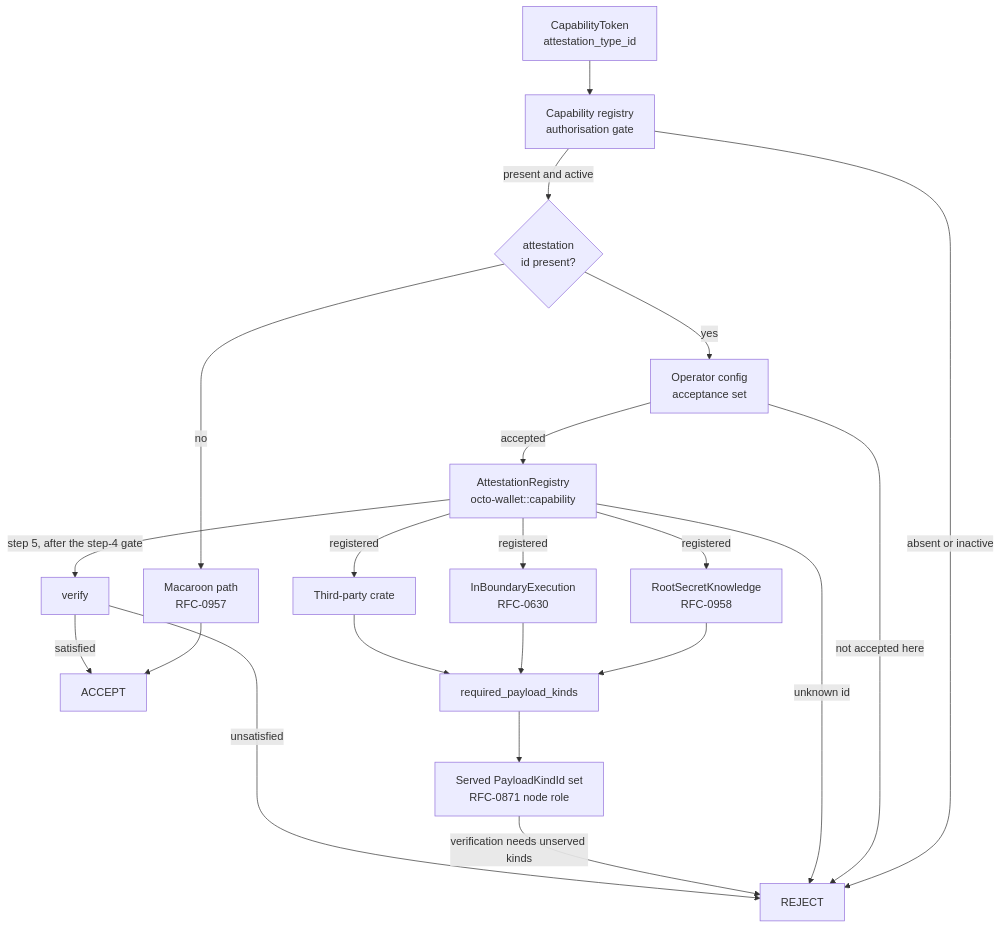
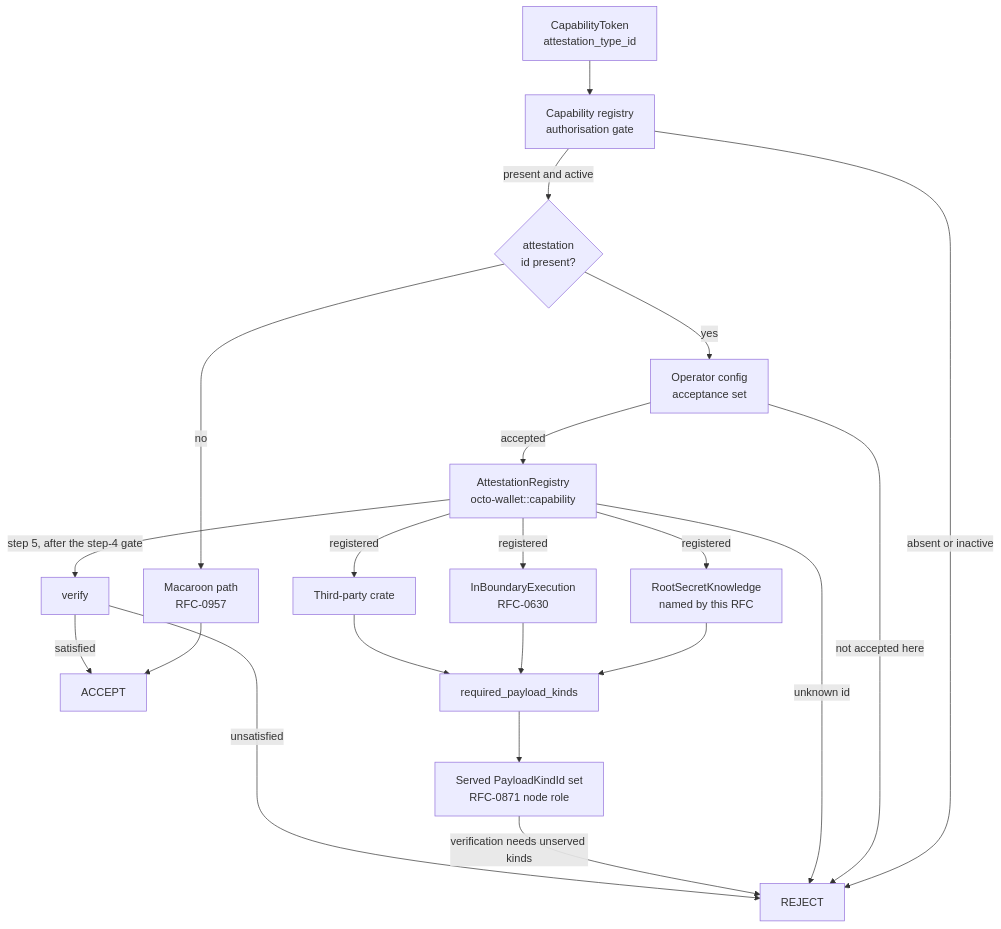
The diagram in rfcs/draft/economics/0973-pluggable-proof-attestation-for-capabilities.md (CipherOcto/cipherocto), drawn with Mermaid before and after one commit. The commit also changed other lines of this file, not shown here.

First line of the commit message:
docs(rfc): resolve round 17 findings in RFC-0973

````diff
--- a/rfcs/draft/economics/0973-pluggable-proof-attestation-for-capabilities.md
+++ b/rfcs/draft/economics/0973-pluggable-proof-attestation-for-capabilities.md
@@ -149,23 +151,23 @@
 ```mermaid
 graph TD
     Token[CapabilityToken<br/>attestation_type_id] --> Iss[Capability registry<br/>authorisation gate]
     Iss -->|absent or inactive| Reject[REJECT]
     Iss -->|present and active| HasId{attestation<br/>id present?}
     HasId -->|no| Mac[Macaroon path<br/>RFC-0957]
     Mac --> Accept[ACCEPT]
     HasId -->|yes| Cfg[Operator config<br/>acceptance set]
     Cfg -->|not accepted here| Reject
     Cfg -->|accepted| Reg[AttestationRegistry<br/>octo-wallet::capability]
     Reg -->|unknown id| Reject
-    Reg -->|registered| S1[RootSecretKnowledge<br/>RFC-0958]
+    Reg -->|registered| S1[RootSecretKnowledge<br/>named by this RFC]
     Reg -->|registered| S2[InBoundaryExecution<br/>RFC-0630]
     Reg -->|registered| S3[Third-party crate]
     S1 --> Req[required_payload_kinds]
     S2 --> Req
     S3 --> Req
     Req --> Kinds[Served PayloadKindId set<br/>RFC-0871 node role]
     Kinds -->|verification needs unserved kinds| Reject
     Reg -->|step 5, after the step-4 gate| Verify[verify]
     Verify -->|unsatisfied| Reject
     Verify -->|satisfied| Accept
 ```
````
